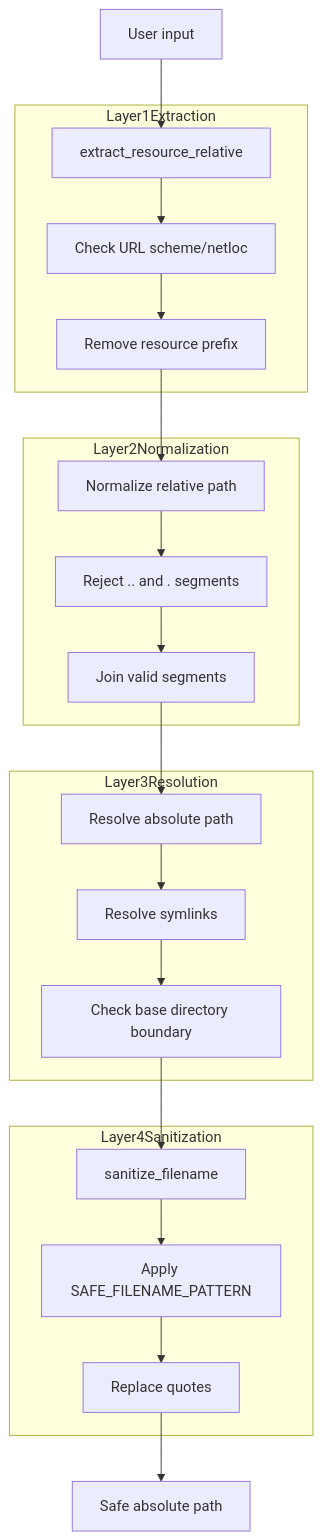
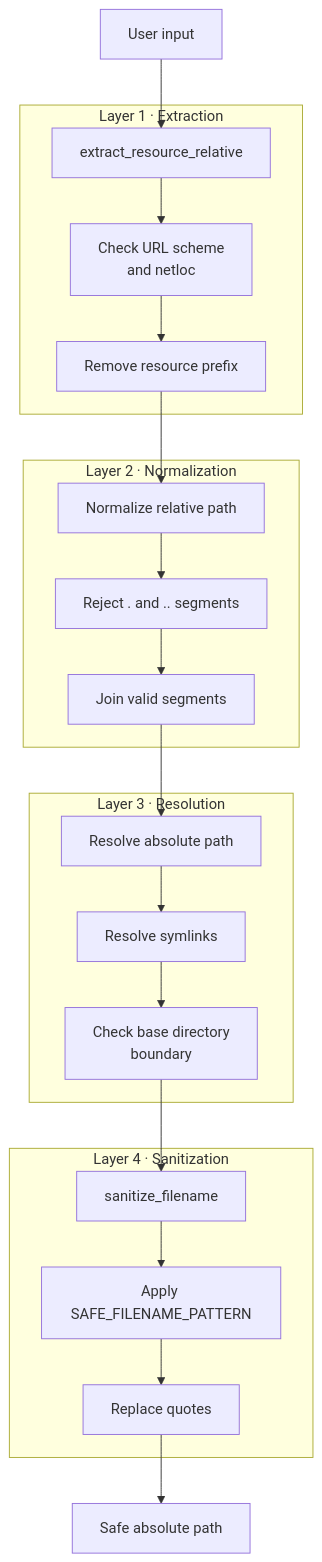
One commit to HKLHaoBin/LyricSphere changed diagram 25 of 44 in README.md. Above: the diagram before and after it, drawn with Mermaid. The commit also changed other lines of this file, not shown here.

First line of the commit message:
docs: 优化README中的流程图和序列图格式

````diff
--- a/README.md
+++ b/README.md
@@ -2370,40 +2381,65 @@
 ```mermaid
 flowchart TD
     UserInput["User input"]
+
     ExtractRelative["extract_resource_relative"]
-    CheckScheme["Check URL scheme/netloc"]
+    CheckScheme["Check URL scheme<br/>and netloc"]
     RemovePrefix["Remove resource prefix"]
+
     NormalizePath["Normalize relative path"]
-    CheckDots["Reject .. and . segments"]
+    CheckDots["Reject . and .. segments"]
     JoinSegments["Join valid segments"]
+
     ResolveAbs["Resolve absolute path"]
     ResolveSymlinks["Resolve symlinks"]
-    BoundaryCheck["Check base directory boundary"]
+    BoundaryCheck["Check base directory<br/>boundary"]
+
     SanitizeFilename["sanitize_filename"]
     CleanPattern["Apply SAFE_FILENAME_PATTERN"]
     ReplaceQuotes["Replace quotes"]
+
     SafePath["Safe absolute path"]
 
     UserInput --> ExtractRelative
+
+    ExtractRelative --> CheckScheme
+    CheckScheme --> RemovePrefix
     RemovePrefix --> NormalizePath
+
+    NormalizePath --> CheckDots
+    CheckDots --> JoinSegments
     JoinSegments --> ResolveAbs
+
+    ResolveAbs --> ResolveSymlinks
+    ResolveSymlinks --> BoundaryCheck
     BoundaryCheck --> SanitizeFilename
+
+    SanitizeFilename --> CleanPattern
+    CleanPattern --> ReplaceQuotes
     ReplaceQuotes --> SafePath
 
-    subgraph Layer4Sanitization
-        SanitizeFilename --> CleanPattern --> ReplaceQuotes
+    subgraph Layer1Extraction["Layer 1 · Extraction"]
+        ExtractRelative
+        CheckScheme
+        RemovePrefix
     end
 
-    subgraph Layer3Resolution
-        ResolveAbs --> ResolveSymlinks --> BoundaryCheck
+    subgraph Layer2Normalization["Layer 2 · Normalization"]
+        NormalizePath
+        CheckDots
+        JoinSegments
     end
 
-    subgraph Layer2Normalization
-        NormalizePath --> CheckDots --> JoinSegments
+    subgraph Layer3Resolution["Layer 3 · Resolution"]
+        ResolveAbs
+        ResolveSymlinks
+        BoundaryCheck
     end
 
-    subgraph Layer1Extraction
-        ExtractRelative --> CheckScheme --> RemovePrefix
+    subgraph Layer4Sanitization["Layer 4 · Sanitization"]
+        SanitizeFilename
+        CleanPattern
+        ReplaceQuotes
     end
 
 ```
````
